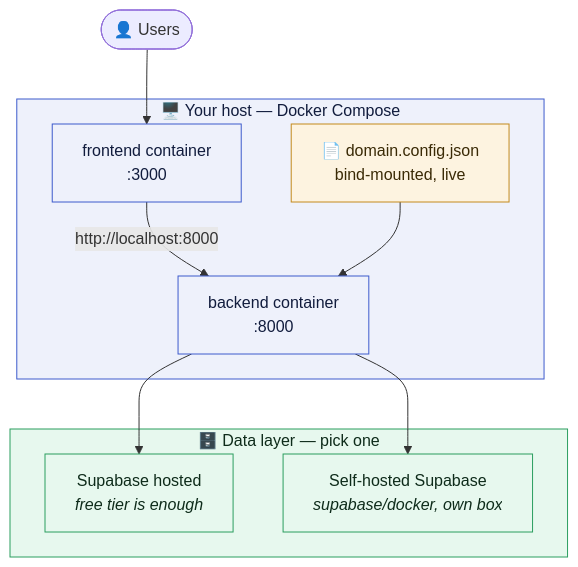
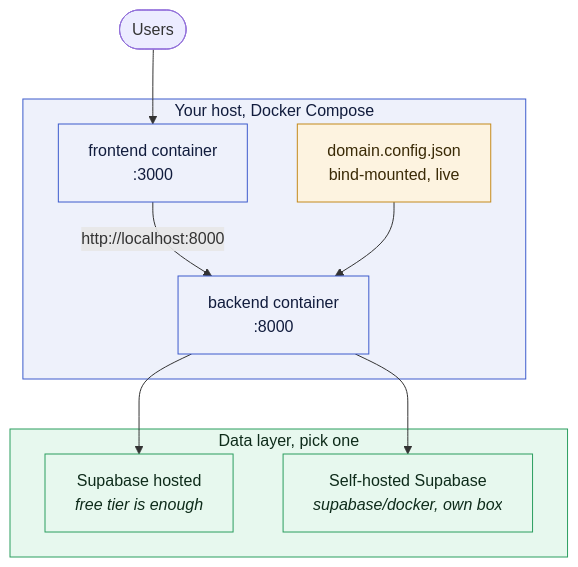
The third of 4 diagrams in README.md (Delta-43/Codaro_Aug2026_Hackathon_Template), drawn with Mermaid before and after one commit. The commit also changed other lines of this file, not shown here.

````diff
--- a/README.md
+++ b/README.md
@@ -148,28 +146,28 @@
 ```mermaid
 flowchart TB
-    U([👤 Users])
+    U([Users])
 
-    subgraph HOST["🖥️ Your host — Docker Compose"]
+    subgraph HOST["Your host, Docker Compose"]
         FEC["frontend container<br/>:3000"]
         BEC["backend container<br/>:8000"]
-        CFGV["📄 domain.config.json<br/>bind-mounted, live"]
+        CFGV["domain.config.json<br/>bind-mounted, live"]
     end
 
-    subgraph DATAOPT["🗄️ Data layer — pick one"]
+    subgraph DATAOPT["Data layer, pick one"]
         SH["Supabase hosted<br/><i>free tier is enough</i>"]
         SS["Self-hosted Supabase<br/><i>supabase/docker, own box</i>"]
     end
 
     U --> FEC
     FEC -->|"http://localhost:8000"| BEC
     CFGV --> BEC
     BEC --> SH
     BEC --> SS
 
     classDef host fill:#eef1fb,stroke:#3d5bcc,color:#111c3d
     classDef data fill:#e7f8ee,stroke:#2b9e5f,color:#0e2b1a
     classDef cfg fill:#fdf3e0,stroke:#c48a1c,color:#3a2a06
     class HOST,FEC,BEC host
     class DATAOPT,SH,SS data
     class CFGV cfg
 ```
````
